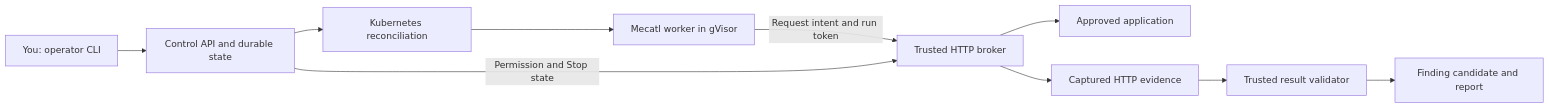
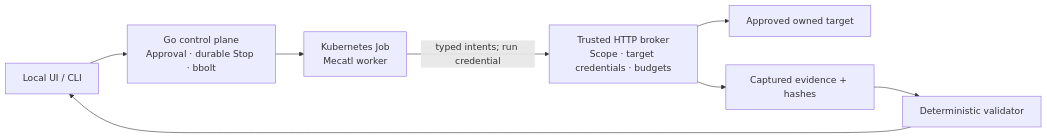
One commit to Sanskarzz/tsunami changed the diagram in README.md. Above: the diagram before and after it, drawn with Mermaid. The commit also changed other lines of this file and 19 other files, not shown here.

````diff
--- a/README.md
+++ b/README.md
@@ -72,12 +13,10 @@
 ```mermaid
 flowchart LR
-    O[You: operator CLI] --> C[Control API and durable state]
-    C --> K[Kubernetes reconciliation]
-    K --> W[Mecatl worker in gVisor]
-    W -->|Request intent and run token| B[Trusted HTTP broker]
-    C -->|Permission and Stop state| B
-    B --> A[Approved application]
-    B --> E[Captured HTTP evidence]
-    E --> V[Trusted result validator]
-    V --> R[Finding candidate and report]
+    UI[Local UI / CLI] --> CP["Go control plane<br/>Approval · durable Stop · bbolt"]
+    CP --> JOB["Kubernetes Job<br/>Mecatl worker"]
+    JOB -->|typed intents; run credential| BROKER["Trusted HTTP broker<br/>Scope · target credentials · budgets"]
+    BROKER --> TARGET[Approved owned target]
+    BROKER --> EVIDENCE[Captured evidence + hashes]
+    EVIDENCE --> VALIDATOR[Deterministic validator]
+    VALIDATOR --> UI
 ```
````
